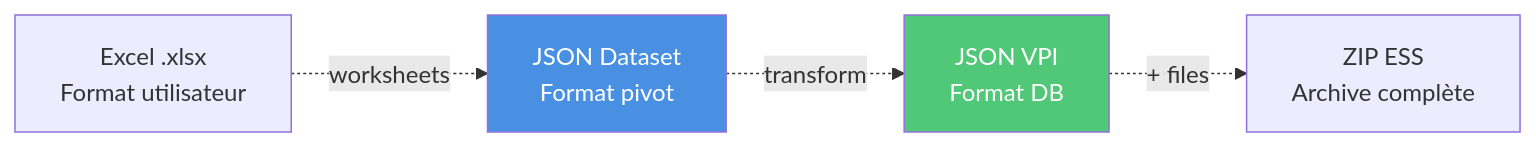
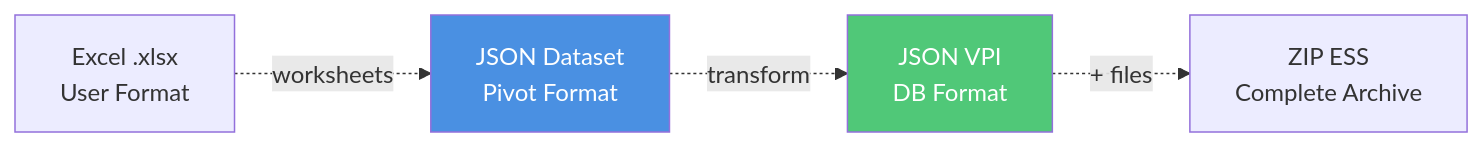
Before and after one commit to infrasoftbe/vnv-doc: the first of 13 diagrams in vnv-doc-content/blog/posts/Validation procedures.md, drawn with Mermaid. The commit also changed other lines of this file and 9 other files, not shown here.

````diff
--- a/vnv-doc-content/blog/posts/Validation procedures.md
+++ b/vnv-doc-content/blog/posts/Validation procedures.md
@@ -28,14 +28,14 @@
 ```mermaid
 graph LR
-    EXCEL[Excel .xlsx<br/>Format utilisateur]
-    DATASET[JSON Dataset<br/>Format pivot]
-    VPI[JSON VPI<br/>Format DB]
-    ZIP[ZIP ESS<br/>Archive complète]
+    EXCEL[Excel .xlsx<br/>User Format]
+    DATASET[JSON Dataset<br/>Pivot Format]
+    VPI[JSON VPI<br/>DB Format]
+    ZIP[ZIP ESS<br/>Complete Archive]
     
     EXCEL -.->|"worksheets"| DATASET
     DATASET -.->|"transform"| VPI
     VPI -.->|"+ files"| ZIP
     
     style DATASET fill:#4a90e2,color:#fff
     style VPI fill:#50c878,color:#fff
 ```
````
